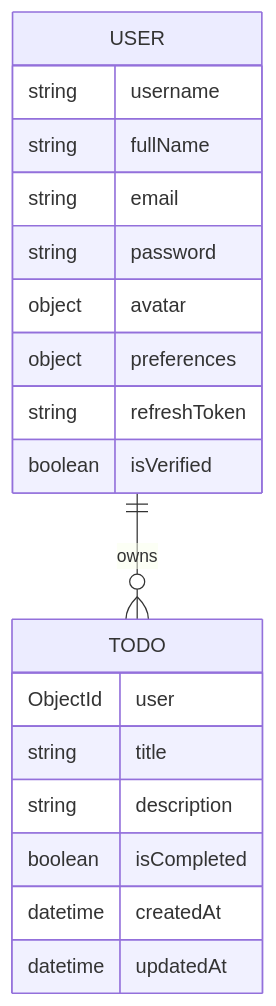
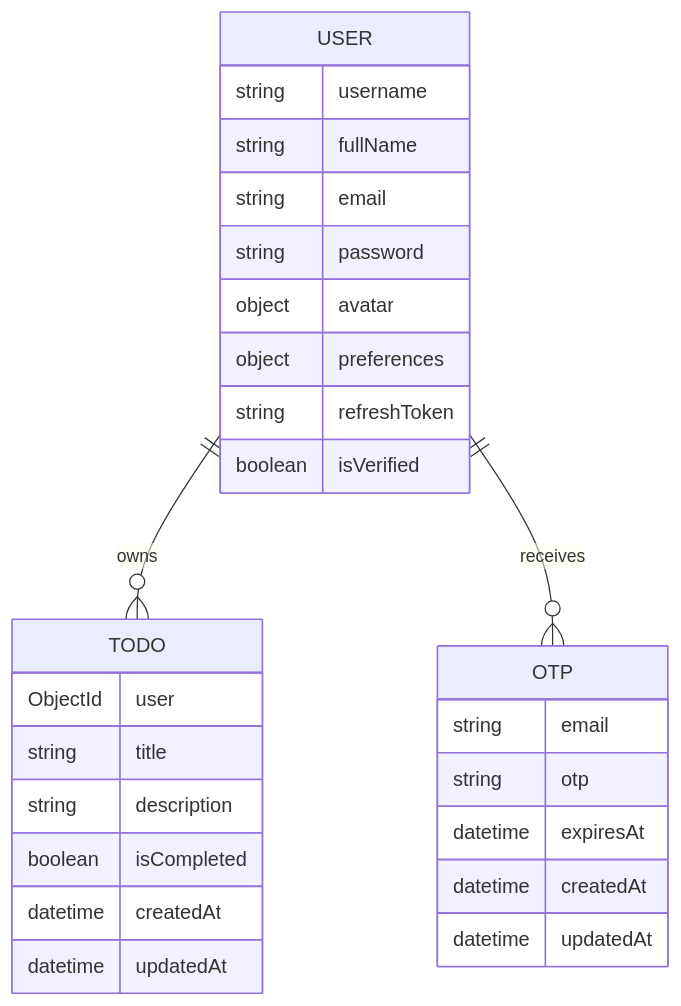
The second of 2 diagrams in README.md (heydasrat/Taskly), drawn with Mermaid before and after one commit. The commit also changed other lines of this file, not shown here.

````diff
--- a/README.md
+++ b/README.md
@@ -296,23 +463,33 @@
 ```mermaid
 erDiagram
     USER ||--o{ TODO : owns
+    USER ||--o{ OTP : receives
+
     USER {
       string username
       string fullName
       string email
       string password
       object avatar
       object preferences
       string refreshToken
       boolean isVerified
     }
 
     TODO {
       ObjectId user
       string title
       string description
       boolean isCompleted
       datetime createdAt
       datetime updatedAt
     }
+
+    OTP {
+      string email
+      string otp
+      datetime expiresAt
+      datetime createdAt
+      datetime updatedAt
+    }
 ```
````
